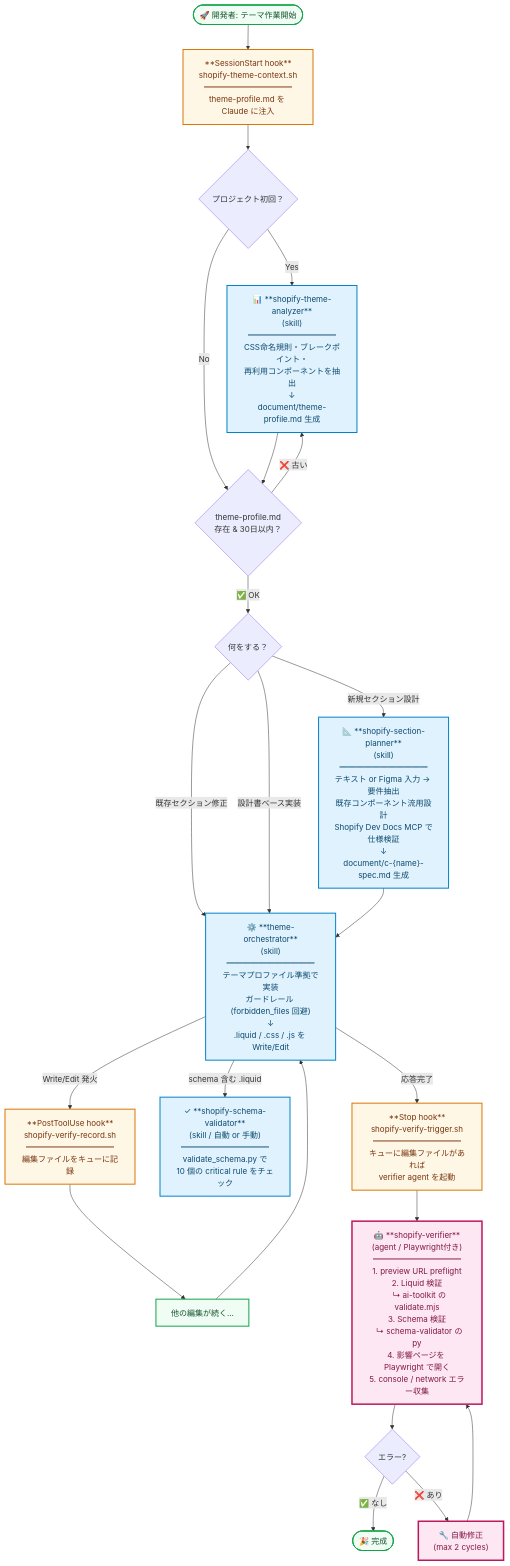
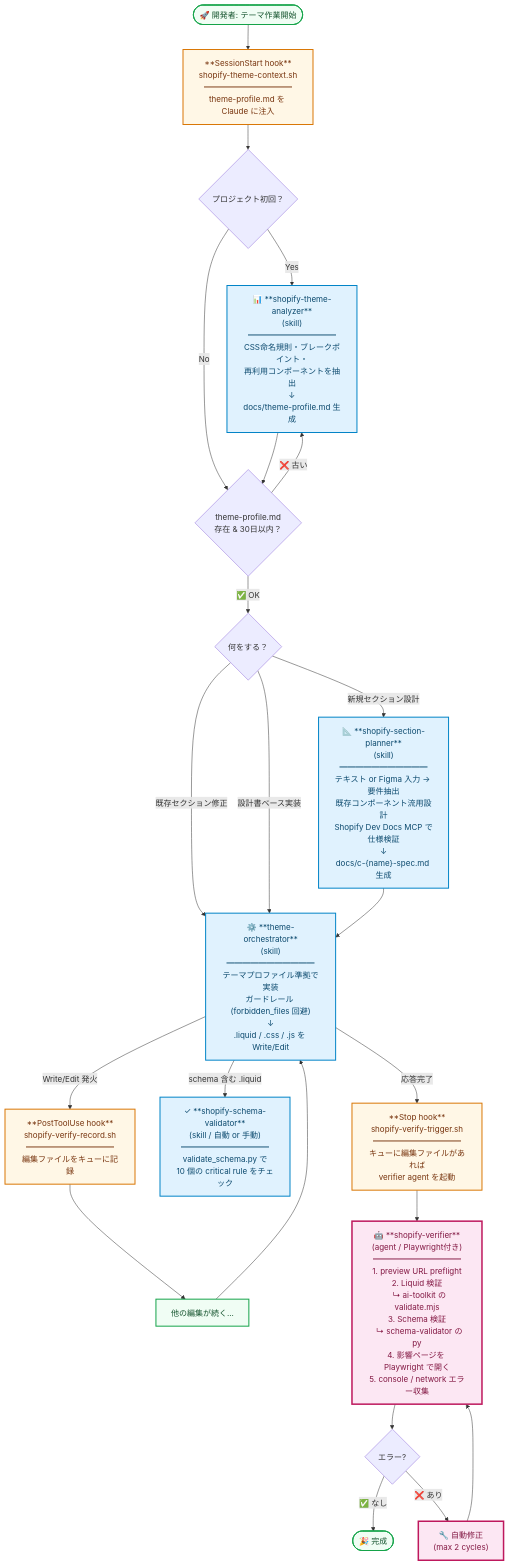
One commit to Hiromu-Private/waggy-shopify-theme-plugin changed the second of 3 diagrams in docs/architecture.md. Above: the diagram before and after it, drawn with Mermaid. The commit also changed other lines of this file and 5 other files, not shown here.

````diff
--- a/docs/architecture.md
+++ b/docs/architecture.md
@@ -75,46 +75,46 @@
 ```mermaid
 flowchart TD
     Start([🚀 開発者: テーマ作業開始])
 
     Start --> SessionStart["**SessionStart hook**<br/>shopify-theme-context.sh<br/>━━━━━━━━━━━<br/>theme-profile.md を Claude に注入"]
 
     SessionStart --> Q{プロジェクト初回？}
-    Q -->|Yes| Analyzer["📊 **shopify-theme-analyzer**<br/>(skill)<br/>━━━━━━━━━━━<br/>CSS命名規則・ブレークポイント・<br/>再利用コンポーネントを抽出<br/>↓<br/>document/theme-profile.md 生成"]
+    Q -->|Yes| Analyzer["📊 **shopify-theme-analyzer**<br/>(skill)<br/>━━━━━━━━━━━<br/>CSS命名規則・ブレークポイント・<br/>再利用コンポーネントを抽出<br/>↓<br/>docs/theme-profile.md 生成"]
     Q -->|No| ProfileCheck{theme-profile.md<br/>存在 & 30日以内？}
 
     Analyzer --> ProfileCheck
     ProfileCheck -->|❌ 古い| Analyzer
     ProfileCheck -->|✅ OK| WorkType{何をする？}
 
-    WorkType -->|新規セクション設計| Planner["📐 **shopify-section-planner**<br/>(skill)<br/>━━━━━━━━━━━<br/>テキスト or Figma 入力 → 要件抽出<br/>既存コンポーネント流用設計<br/>Shopify Dev Docs MCP で仕様検証<br/>↓<br/>document/c-{name}-spec.md 生成"]
+    WorkType -->|新規セクション設計| Planner["📐 **shopify-section-planner**<br/>(skill)<br/>━━━━━━━━━━━<br/>テキスト or Figma 入力 → 要件抽出<br/>既存コンポーネント流用設計<br/>Shopify Dev Docs MCP で仕様検証<br/>↓<br/>docs/c-{name}-spec.md 生成"]
     WorkType -->|既存セクション修正| Orchestrator
     WorkType -->|設計書ベース実装| Orchestrator
 
     Planner --> Orchestrator["⚙️ **theme-orchestrator**<br/>(skill)<br/>━━━━━━━━━━━<br/>テーマプロファイル準拠で実装<br/>ガードレール (forbidden_files 回避)<br/>↓<br/>.liquid / .css / .js を Write/Edit"]
 
     Orchestrator -->|"Write/Edit 発火"| PostToolUse["**PostToolUse hook**<br/>shopify-verify-record.sh<br/>━━━━━━━━━━━<br/>編集ファイルをキューに記録"]
 
     Orchestrator -->|"schema 含む .liquid"| SchemaValidator["✓ **shopify-schema-validator**<br/>(skill / 自動 or 手動)<br/>━━━━━━━━━━━<br/>validate_schema.py で<br/>10 個の critical rule をチェック"]
 
     PostToolUse --> Continue[他の編集が続く...]
     Continue --> Orchestrator
 
     Orchestrator -->|"応答完了"| Stop["**Stop hook**<br/>shopify-verify-trigger.sh<br/>━━━━━━━━━━━<br/>キューに編集ファイルがあれば<br/>verifier agent を起動"]
 
     Stop --> Verifier["🤖 **shopify-verifier**<br/>(agent / Playwright付き)<br/>━━━━━━━━━━━<br/>1. preview URL preflight<br/>2. Liquid 検証<br/>   ↳ ai-toolkit の validate.mjs<br/>3. Schema 検証<br/>   ↳ schema-validator の py<br/>4. 影響ページを Playwright で開く<br/>5. console / network エラー収集"]
 
     Verifier --> Result{エラー?}
     Result -->|✅ なし| Done([🎉 完成])
     Result -->|❌ あり| AutoFix["🔧 自動修正<br/>(max 2 cycles)"]
     AutoFix --> Verifier
 
     classDef hookStyle fill:#fff7e6,stroke:#d97706,stroke-width:2px,color:#78350f
     classDef skillStyle fill:#e0f2fe,stroke:#0284c7,stroke-width:2px,color:#0c4a6e
     classDef agentStyle fill:#fce7f3,stroke:#be185d,stroke-width:3px,color:#831843
     classDef startEnd fill:#f0fdf4,stroke:#16a34a,stroke-width:2px,color:#14532d
 
     class SessionStart,PostToolUse,Stop hookStyle
     class Analyzer,Planner,Orchestrator,SchemaValidator skillStyle
     class Verifier,AutoFix agentStyle
     class Start,Done,Continue startEnd
 ```
````
